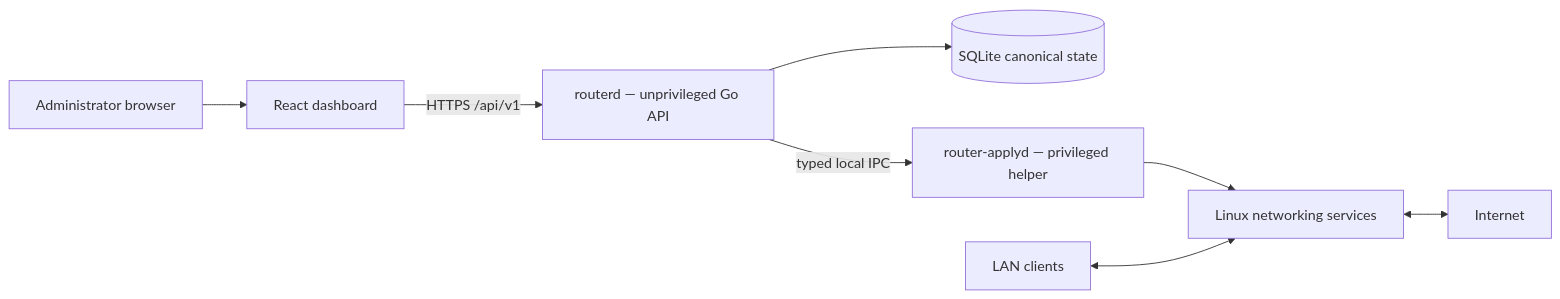
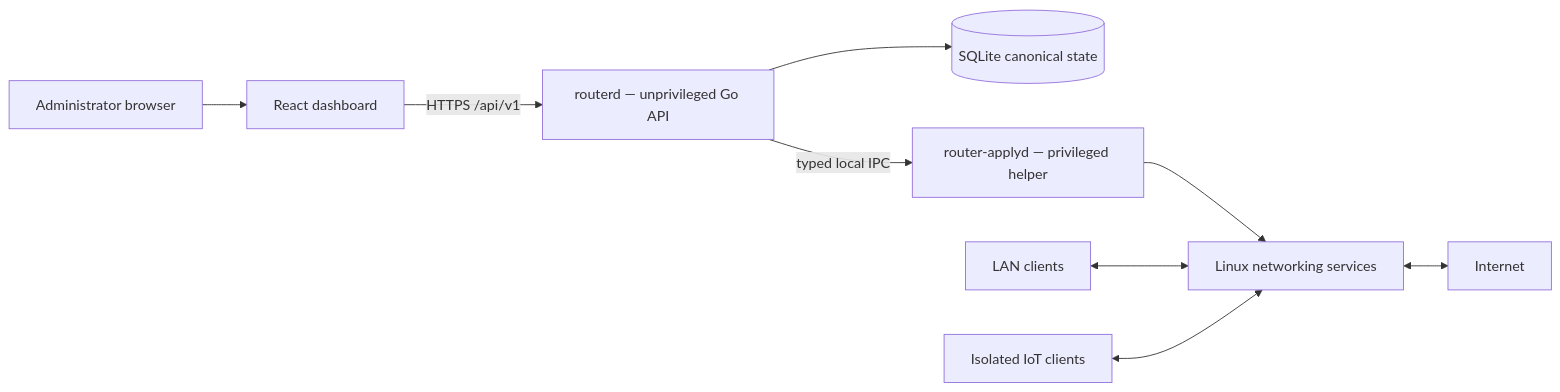
One commit to vladimirperovic/minimalrouter changed the diagram in README.md. Above: the diagram before and after it, drawn with Mermaid. The commit also changed other lines of this file and 57 other files, not shown here.

````diff
--- a/README.md
+++ b/README.md
@@ -149,19 +175,21 @@
 ```mermaid
 flowchart LR
     Browser[Administrator browser]
     UI[React dashboard]
     Routerd[routerd — unprivileged Go API]
     DB[(SQLite canonical state)]
     Applyd[router-applyd — privileged helper]
     Linux[Linux networking services]
     LAN[LAN clients]
+    IoT[Isolated IoT clients]
     WAN[Internet]
 
     Browser --> UI
     UI -->|HTTPS /api/v1| Routerd
     Routerd --> DB
     Routerd -->|typed local IPC| Applyd
     Applyd --> Linux
     LAN <--> Linux
+    IoT <--> Linux
     Linux <--> WAN
 ```
````
